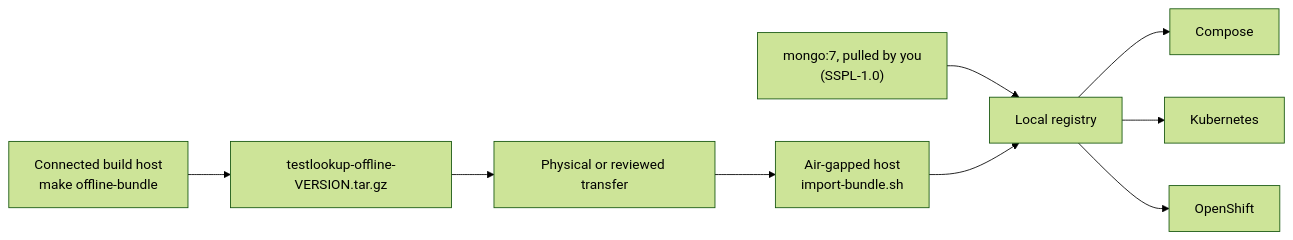
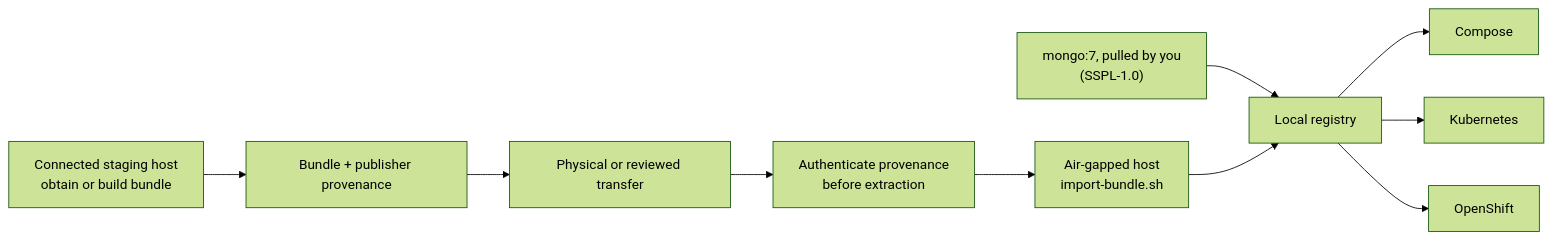
The diagram in user-guide/air-gapped-install.md (test-intelligence/testlookup), drawn with Mermaid (forest theme) before and after one commit. The commit also changed other lines of this file and 2 other files, not shown here.

````diff
--- a/user-guide/air-gapped-install.md
+++ b/user-guide/air-gapped-install.md
@@ -17,11 +18,12 @@
 ```mermaid
 flowchart LR
-    A["Connected build host<br/>make offline-bundle"] --> B["testlookup-offline-VERSION.tar.gz"]
+    A["Connected staging host<br/>obtain or build bundle"] --> B["Bundle + publisher provenance"]
     M["mongo:7, pulled by you<br/>(SSPL-1.0)"] --> E
     B --> C["Physical or reviewed transfer"]
-    C --> D["Air-gapped host<br/>import-bundle.sh"]
+    C --> V["Authenticate provenance<br/>before extraction"]
+    V --> D["Air-gapped host<br/>import-bundle.sh"]
     D --> E["Local registry"]
     E --> F["Compose"]
     E --> G["Kubernetes"]
     E --> H["OpenShift"]
 ```
````
